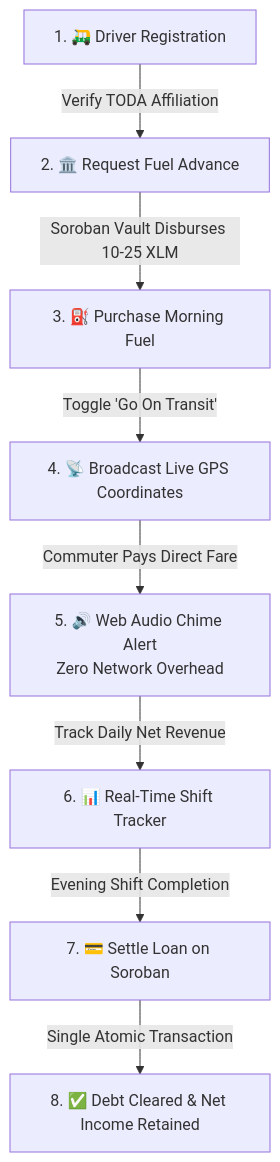
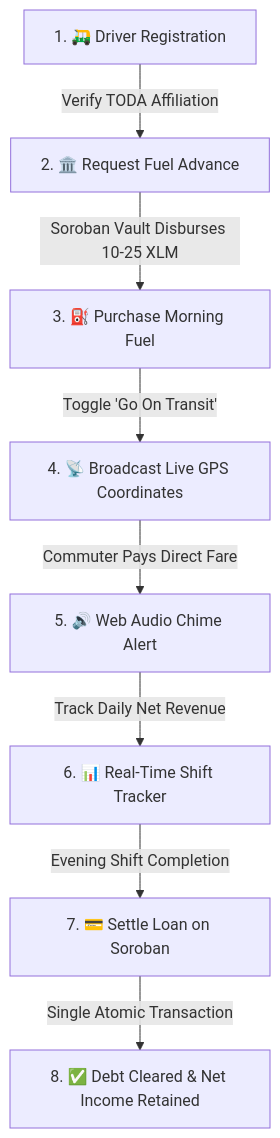
One commit to zneright/mobilis changed the third of 5 diagrams in README.md. Above: the diagram before and after it, drawn with Mermaid. The commit also changed other lines of this file and 1 other file, not shown here.

````diff
--- a/README.md
+++ b/README.md
@@ -86,10 +86,10 @@
 ```mermaid
 flowchart TD
-    D1[1. 🛺 Driver Registration] -->|Verify TODA Affiliation| D2[2. 🏛️ Request Fuel Advance]
-    D2 -->|Soroban Vault Disburses 10-25 XLM| D3[3. ⛽ Purchase Morning Fuel]
-    D3 -->|Toggle 'Go On Transit'| D4[4. 📡 Broadcast Live GPS Coordinates]
-    D4 -->|Commuter Pays Direct Fare| D5[5. 🔊 Web Audio Chime Alert<br/>Zero Network Overhead]
-    D5 -->|Track Daily Net Revenue| D6[6. 📊 Real-Time Shift Tracker]
-    D6 -->|Evening Shift Completion| D7[7. 💳 Settle Loan on Soroban]
-    D7 -->|Single Atomic Transaction| D8[8. ✅ Debt Cleared & Net Income Retained]
+    D1["1. 🛺 Driver Registration"] -->|Verify TODA Affiliation| D2["2. 🏛️ Request Fuel Advance"]
+    D2 -->|Soroban Vault Disburses 10-25 XLM| D3["3. ⛽ Purchase Morning Fuel"]
+    D3 -->|Toggle 'Go On Transit'| D4["4. 📡 Broadcast Live GPS Coordinates"]
+    D4 -->|Commuter Pays Direct Fare| D5["5. 🔊 Web Audio Chime Alert"]
+    D5 -->|Track Daily Net Revenue| D6["6. 📊 Real-Time Shift Tracker"]
+    D6 -->|Evening Shift Completion| D7["7. 💳 Settle Loan on Soroban"]
+    D7 -->|Single Atomic Transaction| D8["8. ✅ Debt Cleared & Net Income Retained"]
 ```
````
